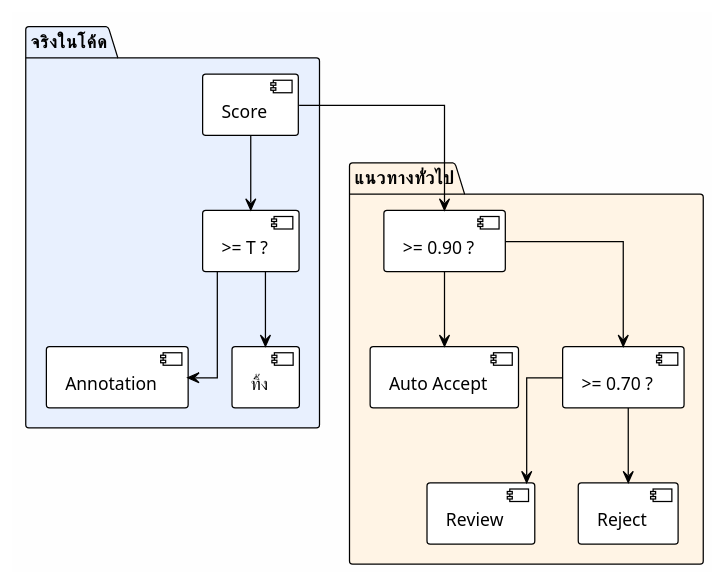
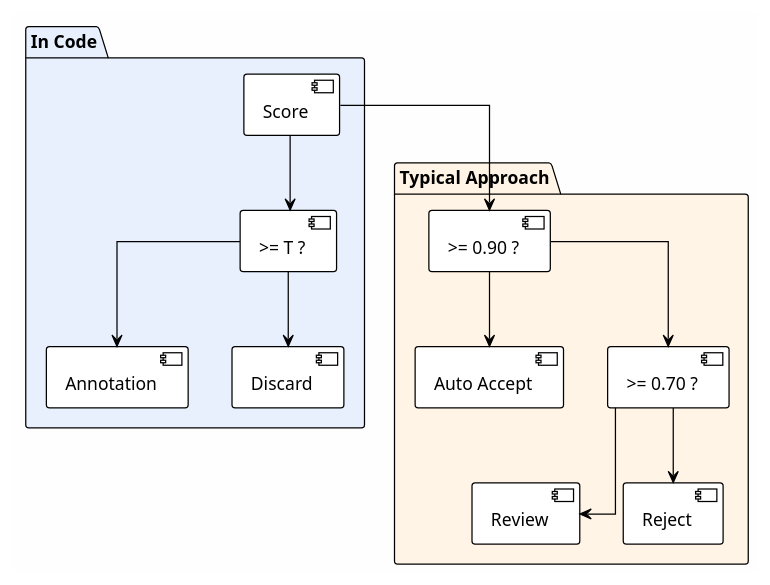
Before and after one commit to Telotubbies/auto_label: the second of 2 diagrams in docs/pipeline/quality-control.md, drawn with PlantUML. The commit also changed other lines of this file and 585 other files, not shown here.

````diff
--- a/docs/pipeline/quality-control.md
+++ b/docs/pipeline/quality-control.md
@@ -94,21 +94,21 @@
 ```plantuml {align="center"}
 @startuml
 !theme plain
 skinparam linetype ortho
 skinparam backgroundColor #FEFEFE
 
-package "จริงในโค้ด" #E8F0FE {
+package "In Code" #E8F0FE {
   [Score] --> [>= T ?]
   [>= T ?] --> [Annotation]
-  [>= T ?] --> [ทิ้ง]
+  [>= T ?] --> [Discard]
 }
 
-package "แนวทางทั่วไป" #FFF4E5 {
+package "Typical Approach" #FFF4E5 {
   [Score] --> [>= 0.90 ?]
   [>= 0.90 ?] --> [Auto Accept]
   [>= 0.90 ?] --> [>= 0.70 ?]
   [>= 0.70 ?] --> [Review]
   [>= 0.70 ?] --> [Reject]
 }
 @enduml
 ```
````
